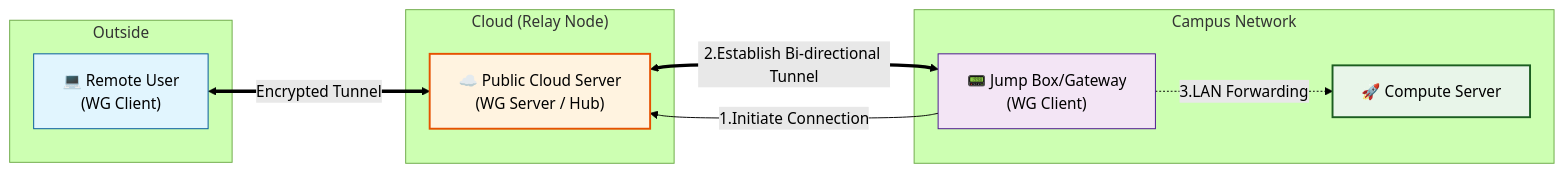
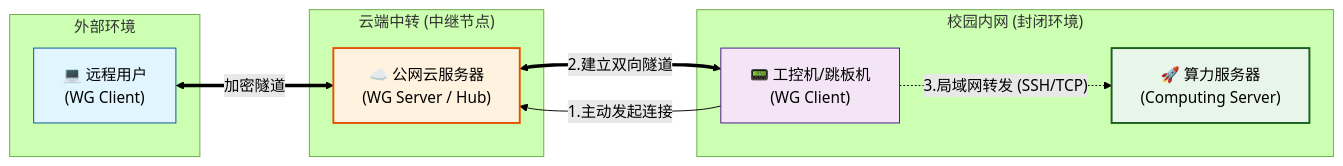
Before and after one commit to morethan987/hugo_main: the diagram in content/blog/trials-and-growth/index.zh-cn.md, drawn with Mermaid (forest theme). The commit also changed other lines of this file, not shown here.

```diff
--- a/content/blog/trials-and-growth/index.zh-cn.md
+++ b/content/blog/trials-and-growth/index.zh-cn.md
@@ -273,25 +273,25 @@
 {{< mermaid >}}
 graph LR
-subgraph "Outside"
-User["💻 Remote User<br/>(WG Client)"]
+subgraph "外部环境"
+User["💻 远程用户<br/>(WG Client)"]
 end
 
-subgraph "Cloud (Relay Node)"
-Cloud["☁️ Public Cloud Server<br/>(WG Server / Hub)"]
+subgraph "云端中转 (中继节点)"
+Cloud["☁️ 公网云服务器<br/>(WG Server / Hub)"]
 end
 
-subgraph "Campus Network"
-Jump["📟 Jump Box/Gateway<br/>(WG Client)"]
-Target["🚀 Compute Server"]
+subgraph "校园内网 (封闭环境)"
+Jump["📟 工控机/跳板机<br/>(WG Client)"]
+Target["🚀 算力服务器<br/>(Computing Server)"]
 end
 
-User <== "Encrypted Tunnel" ==> Cloud
-Jump -- "1.Initiate Connection" --> Cloud
-Cloud <== "2.Establish Bi-directional Tunnel" ==> Jump
-Jump -. "3.LAN Forwarding" .-> Target
+User <== "加密隧道" ==> Cloud
+Jump -- "1.主动发起连接" --> Cloud
+Cloud <== "2.建立双向隧道" ==> Jump
+Jump -. "3.局域网转发 (SSH/TCP)" .-> Target
 
 style User fill:#e1f5fe,stroke:#01579b
 style Cloud fill:#fff3e0,stroke:#e65100,stroke-width:2px
 style Jump fill:#f3e5f5,stroke:#4a148c
 style Target fill:#e8f5e9,stroke:#1b5e20,stroke-width:2px
 {{< /mermaid >}}
```
